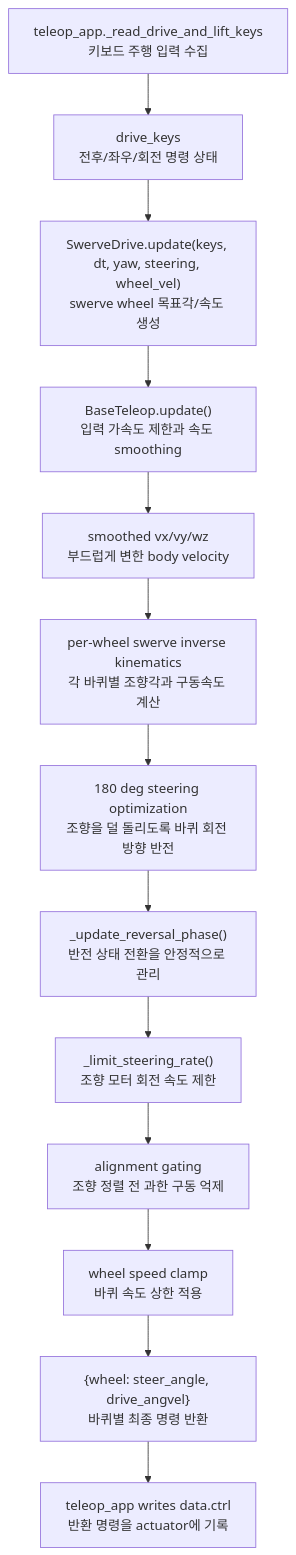
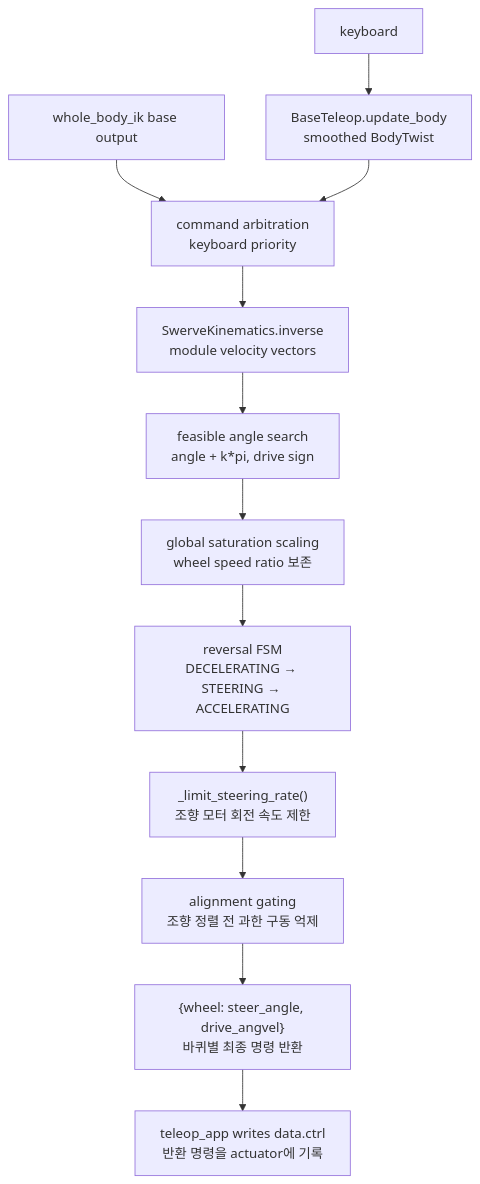
Before and after one commit to ggh-png/ffw-sh5-grasp: the diagram in docs/guide/base_teleop.md, drawn with Mermaid. The commit also changed other lines of this file and 20 other files, not shown here.

Commit message:
Add ROS-free whole-body IK and stabilize mobile control

````diff
--- a/docs/guide/base_teleop.md
+++ b/docs/guide/base_teleop.md
@@ -60,15 +100,14 @@
 ```mermaid
 flowchart TD
-    A["teleop_app._read_drive_and_lift_keys<br>키보드 주행 입력 수집"] --> B["drive_keys<br>전후/좌우/회전 명령 상태"]
-    B --> C["SwerveDrive.update(keys, dt, yaw, steering, wheel_vel)<br>swerve wheel 목표각/속도 생성"]
-    C --> D["BaseTeleop.update()<br>입력 가속도 제한과 속도 smoothing"]
-    D --> E["smoothed vx/vy/wz<br>부드럽게 변한 body velocity"]
-    E --> F["per-wheel swerve inverse kinematics<br>각 바퀴별 조향각과 구동속도 계산"]
-    F --> G["180 deg steering optimization<br>조향을 덜 돌리도록 바퀴 회전 방향 반전"]
-    G --> H["_update_reversal_phase()<br>반전 상태 전환을 안정적으로 관리"]
+    A["keyboard"] --> B["BaseTeleop.update_body<br>smoothed BodyTwist"]
+    W["whole_body_ik base output"] --> C["command arbitration<br>keyboard priority"]
+    B --> C
+    C --> F["SwerveKinematics.inverse<br>module velocity vectors"]
+    F --> G["feasible angle search<br>angle + k*pi, drive sign"]
+    G --> GS["global saturation scaling<br>wheel speed ratio 보존"]
+    GS --> H["reversal FSM<br>DECELERATING → STEERING → ACCELERATING"]
     H --> I["_limit_steering_rate()<br>조향 모터 회전 속도 제한"]
     I --> J["alignment gating<br>조향 정렬 전 과한 구동 억제"]
-    J --> K["wheel speed clamp<br>바퀴 속도 상한 적용"]
-    K --> L["{wheel: steer_angle, drive_angvel}<br>바퀴별 최종 명령 반환"]
+    J --> L["{wheel: steer_angle, drive_angvel}<br>바퀴별 최종 명령 반환"]
     L --> M["teleop_app writes data.ctrl<br>반환 명령을 actuator에 기록"]
 ```
````
